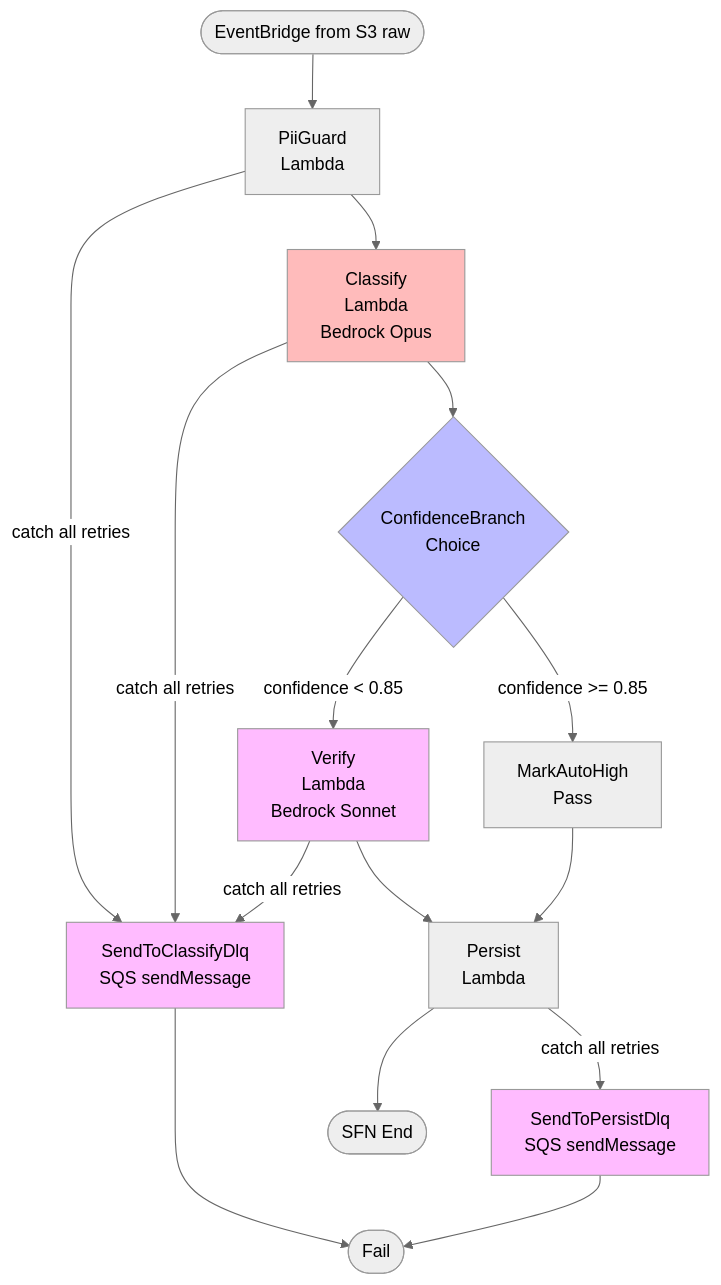
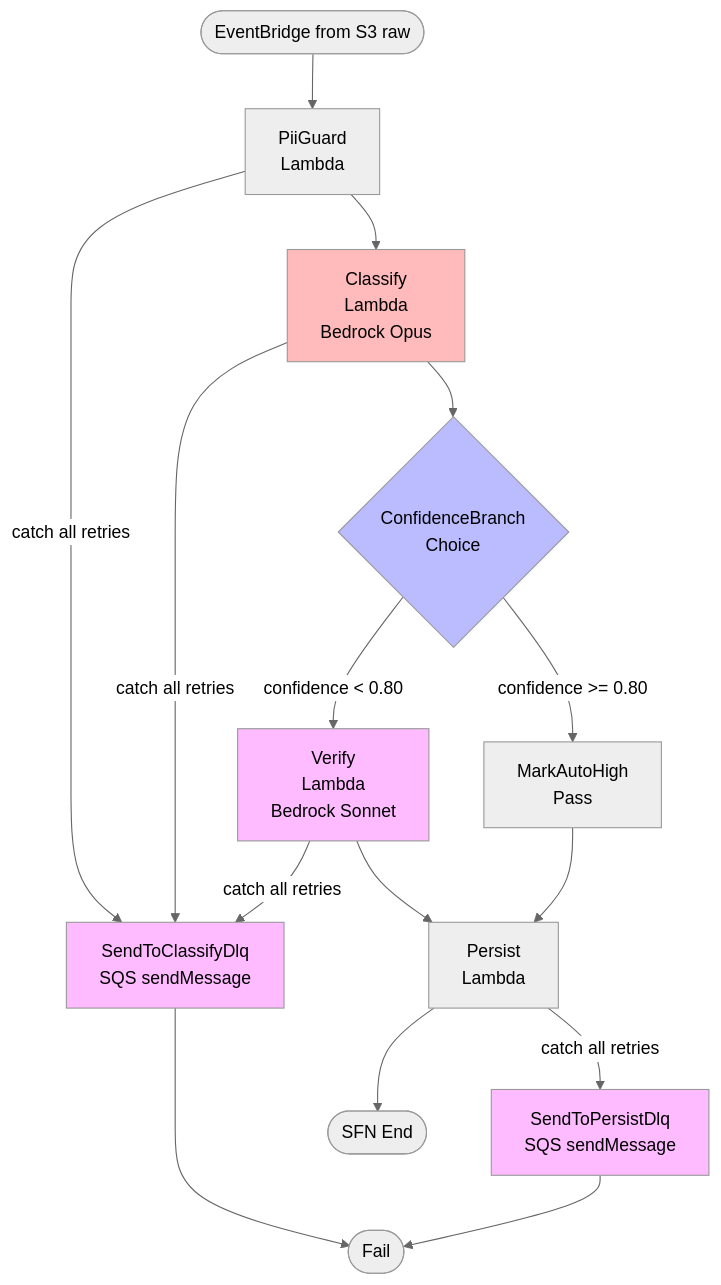
One commit to Atom-oh/call-center-admin changed the first of 2 diagrams in docs/decisions/ADR-007-sfn-express-orchestration.md. Above: the diagram before and after it, drawn with Mermaid (neutral theme). The commit also changed other lines of this file and 15 other files, not shown here.

````diff
--- a/docs/decisions/ADR-007-sfn-express-orchestration.md
+++ b/docs/decisions/ADR-007-sfn-express-orchestration.md
@@ -51,23 +51,23 @@
 ```mermaid
 flowchart TD
     Start([EventBridge from S3 raw]) --> PG[PiiGuard<br/>Lambda]
     PG -->|catch all retries| DLQ1[SendToClassifyDlq<br/>SQS sendMessage]
     PG --> CL[Classify<br/>Lambda<br/>Bedrock Opus]
     CL -->|catch all retries| DLQ1
     CL --> CB{ConfidenceBranch<br/>Choice}
-    CB -- confidence < 0.85 --> VF[Verify<br/>Lambda<br/>Bedrock Sonnet]
-    CB -- confidence >= 0.85 --> MA[MarkAutoHigh<br/>Pass]
+    CB -- confidence < 0.80 --> VF[Verify<br/>Lambda<br/>Bedrock Sonnet]
+    CB -- confidence >= 0.80 --> MA[MarkAutoHigh<br/>Pass]
     VF -->|catch all retries| DLQ1
     VF --> PS[Persist<br/>Lambda]
     MA --> PS
     PS -->|catch all retries| DLQ2[SendToPersistDlq<br/>SQS sendMessage]
     PS --> End([SFN End])
     DLQ1 --> EndF([Fail])
     DLQ2 --> EndF
 
     style CL fill:#fbb
     style VF fill:#fbf
     style CB fill:#bbf
     style DLQ1 fill:#fbf
     style DLQ2 fill:#fbf
 ```
````
